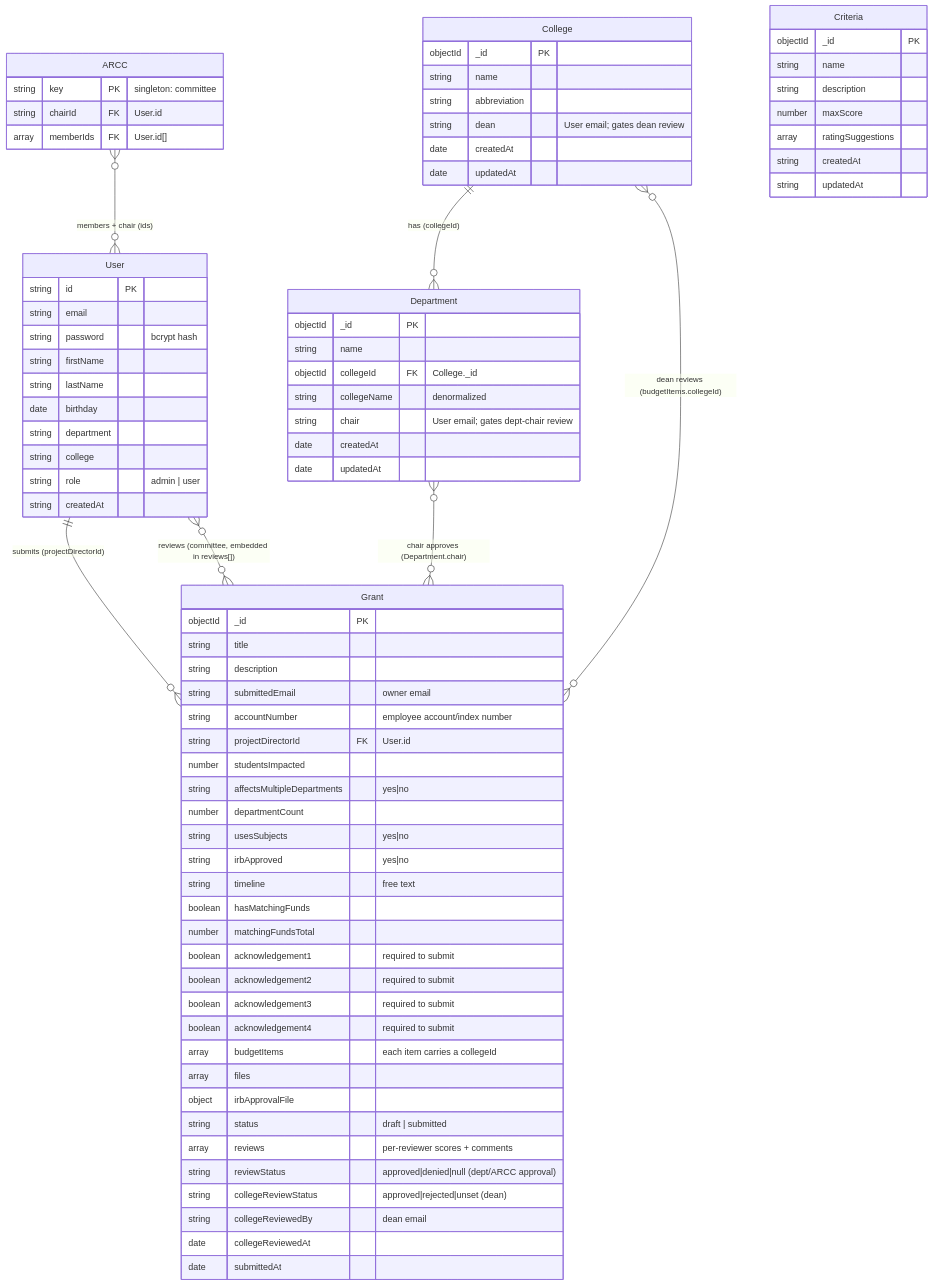
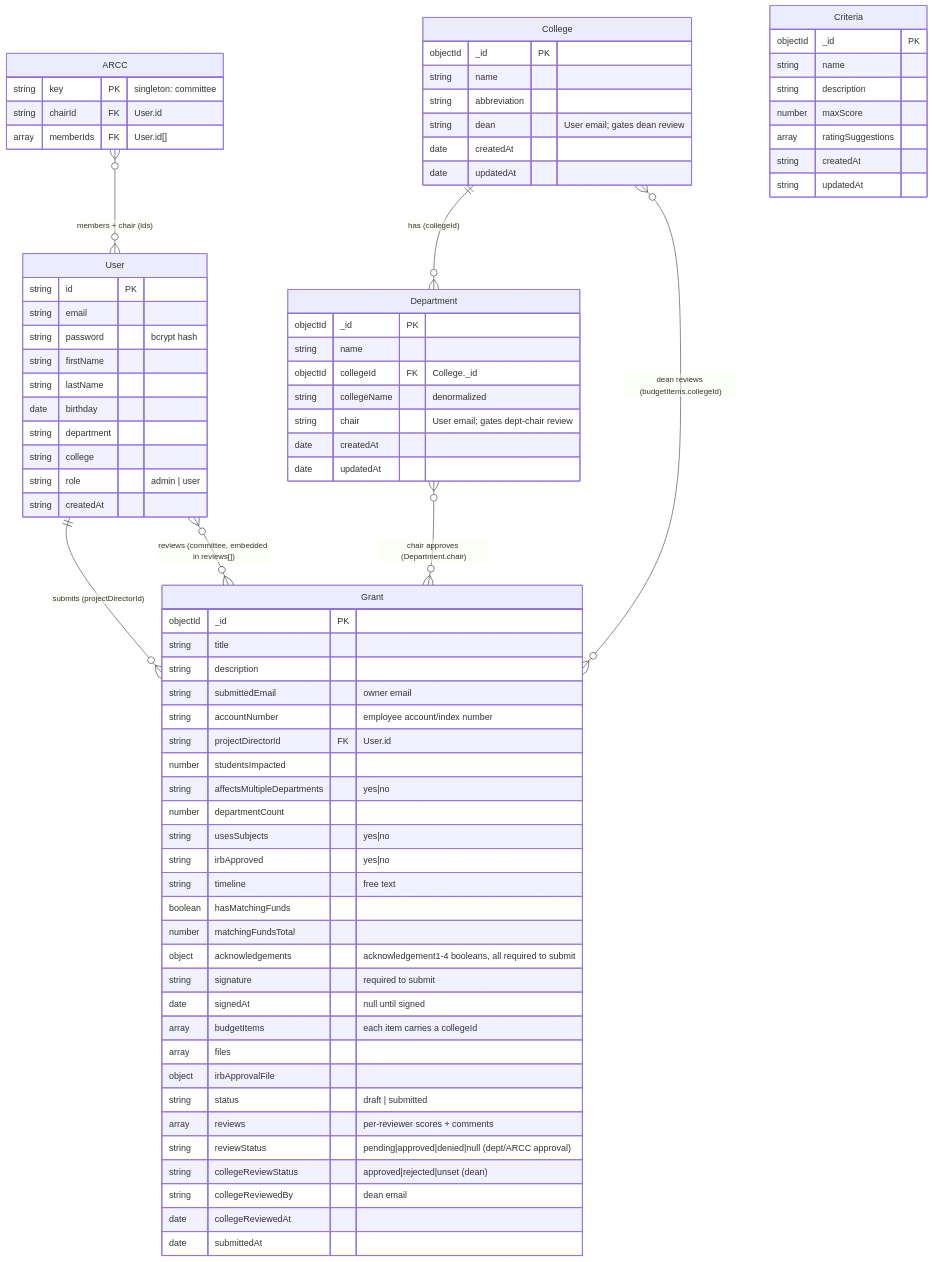
The diagram in docs/data-model.md (jayantiacharya/grant-management-system), drawn with Mermaid before and after one commit. The commit also changed other lines of this file and 3 other files, not shown here.

```diff
--- a/docs/data-model.md
+++ b/docs/data-model.md
@@ -41,16 +41,15 @@
         string timeline "free text"
         boolean hasMatchingFunds
         number matchingFundsTotal
-        boolean acknowledgement1 "required to submit"
-        boolean acknowledgement2 "required to submit"
-        boolean acknowledgement3 "required to submit"
-        boolean acknowledgement4 "required to submit"
+        object acknowledgements "acknowledgement1-4 booleans, all required to submit"
+        string signature "required to submit"
+        date signedAt "null until signed"
         array budgetItems "each item carries a collegeId"
         array files
         object irbApprovalFile
         string status "draft | submitted"
         array reviews "per-reviewer scores + comments"
-        string reviewStatus "approved|denied|null (dept/ARCC approval)"
+        string reviewStatus "pending|approved|denied|null (dept/ARCC approval)"
         string collegeReviewStatus "approved|rejected|unset (dean)"
         string collegeReviewedBy "dean email"
         date collegeReviewedAt
```
